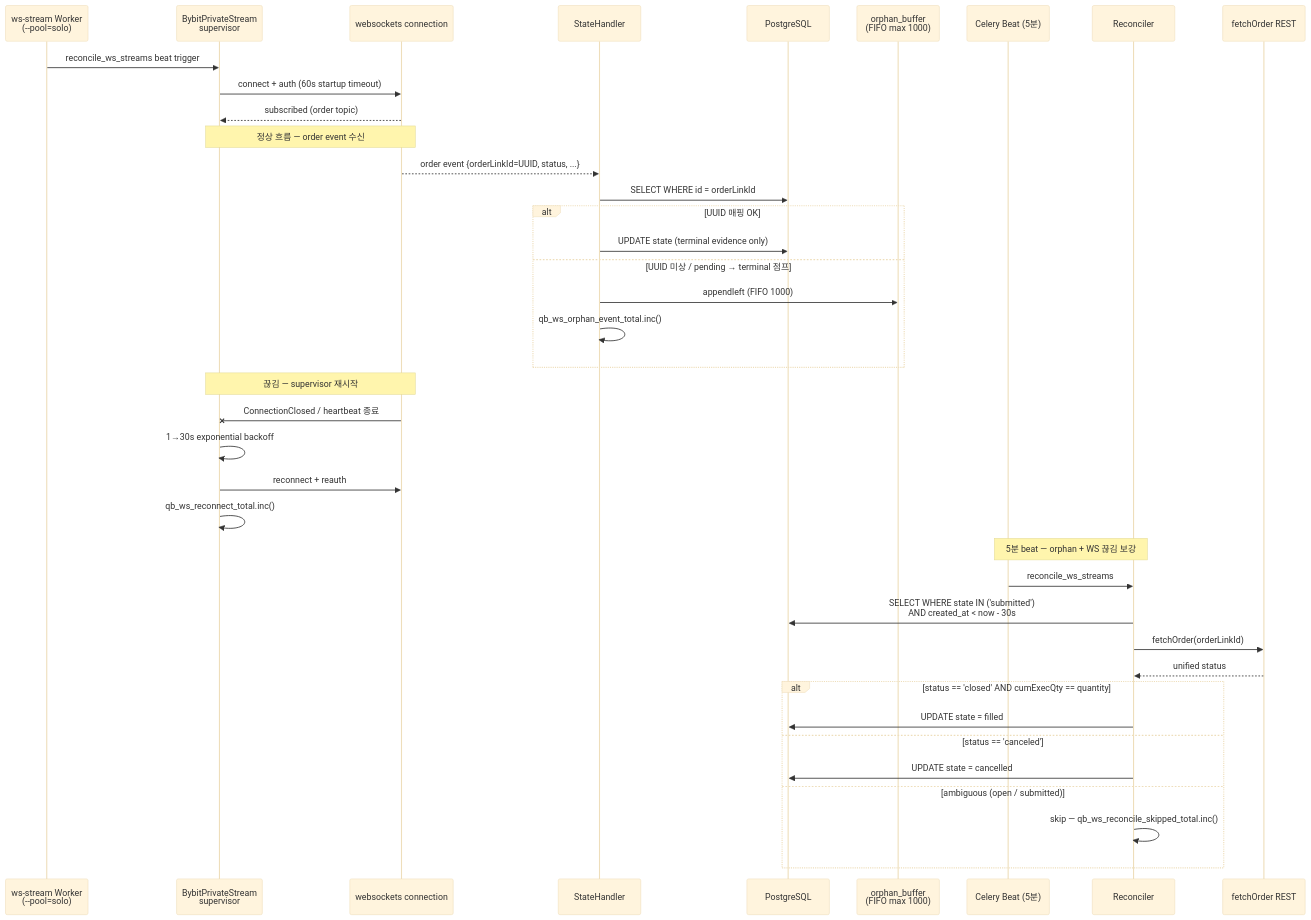
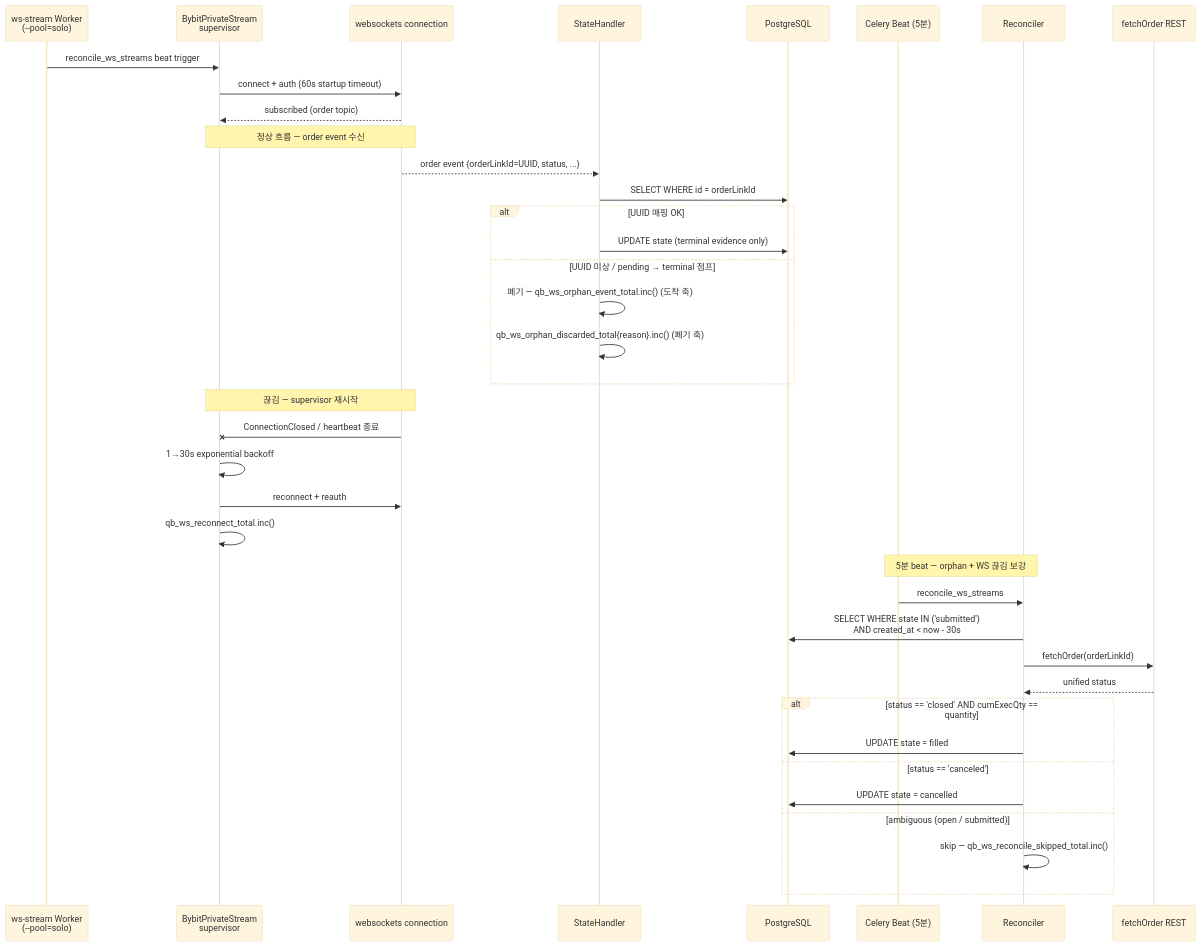
One commit to woosung-dev/quantbridge changed the seventh of 8 diagrams in docs/reference/architecture/data-flow.md. Above: the diagram before and after it, drawn with Mermaid (base theme). The commit also changed 9 other files, not shown here.

````diff
--- a/docs/reference/architecture/data-flow.md
+++ b/docs/reference/architecture/data-flow.md
@@ -274,45 +274,44 @@
 ```mermaid
 sequenceDiagram
     participant W as ws-stream Worker<br/>(--pool=solo)
     participant Sup as BybitPrivateStream<br/>supervisor
     participant Stream as websockets connection
     participant SH as StateHandler
     participant DB as PostgreSQL
-    participant Buf as orphan_buffer<br/>(FIFO max 1000)
     participant Beat as Celery Beat (5분)
     participant Rec as Reconciler
     participant CCXT as fetchOrder REST
 
     W->>Sup: reconcile_ws_streams beat trigger
     Sup->>Stream: connect + auth (60s startup timeout)
     Stream-->>Sup: subscribed (order topic)
 
     Note over Sup,Stream: 정상 흐름 — order event 수신
     Stream-->>SH: order event {orderLinkId=UUID, status, ...}
     SH->>DB: SELECT WHERE id = orderLinkId
     alt UUID 매핑 OK
         SH->>DB: UPDATE state (terminal evidence only)
     else UUID 미상 / pending → terminal 점프
-        SH->>Buf: appendleft (FIFO 1000)
-        SH->>SH: qb_ws_orphan_event_total.inc()
+        SH->>SH: 폐기 — qb_ws_orphan_event_total.inc() (도착 축)
+        SH->>SH: qb_ws_orphan_discarded_total{reason}.inc() (폐기 축)
     end
 
     Note over Sup,Stream: 끊김 — supervisor 재시작
     Stream-xSup: ConnectionClosed / heartbeat 종료
     Sup->>Sup: 1→30s exponential backoff
     Sup->>Stream: reconnect + reauth
     Sup->>Sup: qb_ws_reconnect_total.inc()
 
     Note over Beat,Rec: 5분 beat — orphan + WS 끊김 보강
     Beat->>Rec: reconcile_ws_streams
     Rec->>DB: SELECT WHERE state IN ('submitted')<br/>AND created_at < now - 30s
     Rec->>CCXT: fetchOrder(orderLinkId)
     CCXT-->>Rec: unified status
     alt status == 'closed' AND cumExecQty == quantity
         Rec->>DB: UPDATE state = filled
     else status == 'canceled'
         Rec->>DB: UPDATE state = cancelled
     else ambiguous (open / submitted)
         Rec->>Rec: skip — qb_ws_reconcile_skipped_total.inc()
     end
 ```
````
